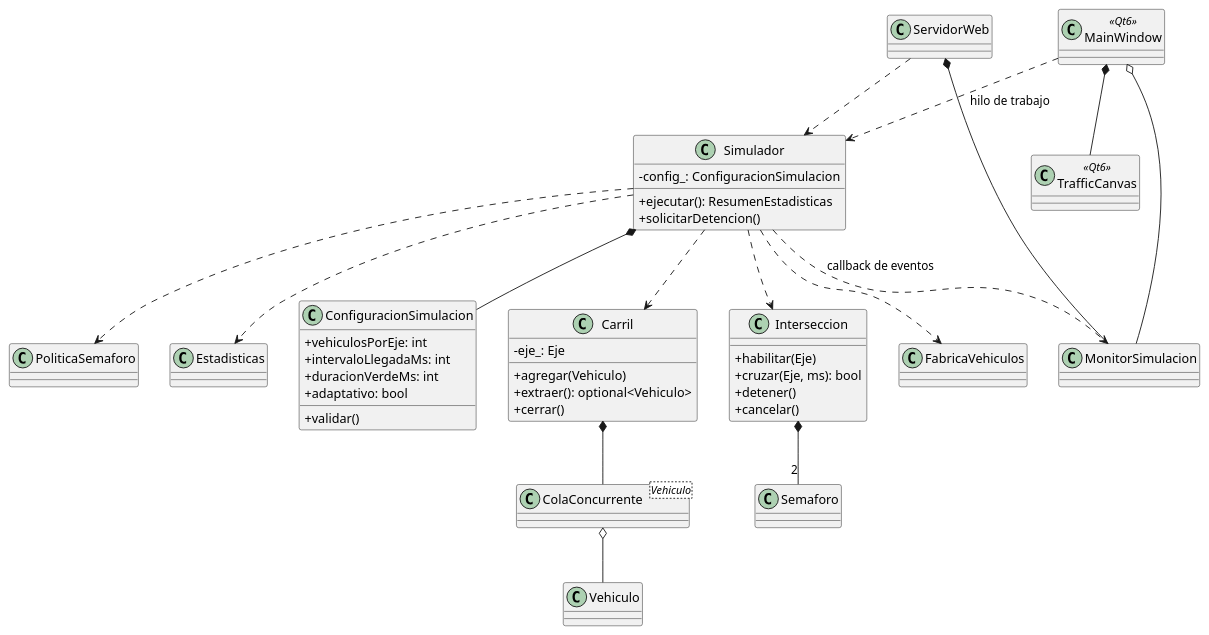
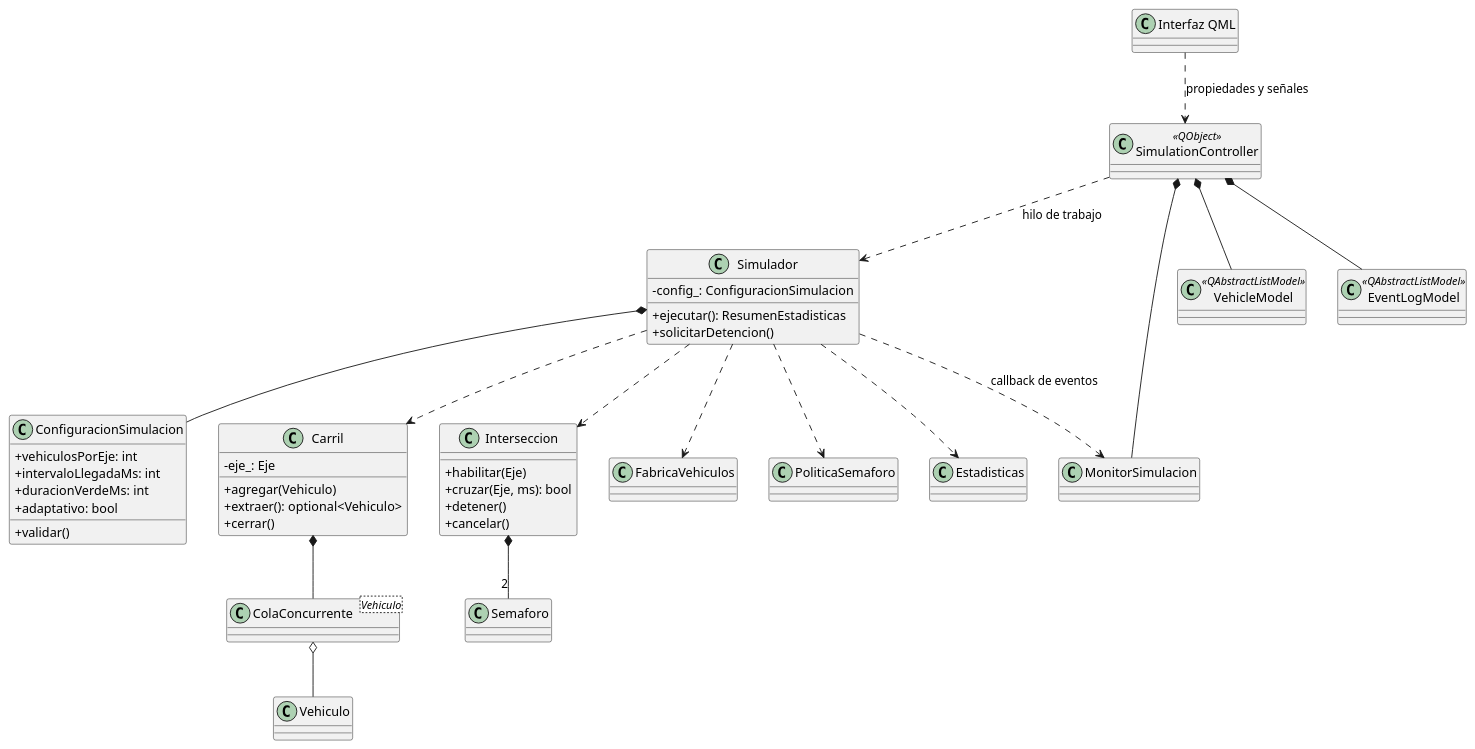
Before and after one commit to RodrigoFFN/SCTUII: the diagram in docs/diagrama_clases.puml, drawn with PlantUML. The commit also changed 5 other files, not shown here.

```diff
--- a/docs/diagrama_clases.puml
+++ b/docs/diagrama_clases.puml
@@ -1,53 +1,54 @@
 @startuml
 skinparam classAttributeIconSize 0
 class ConfiguracionSimulacion {
   +vehiculosPorEje: int
   +intervaloLlegadaMs: int
   +duracionVerdeMs: int
   +adaptativo: bool
   +validar()
 }
 class Simulador {
   -config_: ConfiguracionSimulacion
   +ejecutar(): ResumenEstadisticas
   +solicitarDetencion()
 }
 class Carril {
   -eje_: Eje
   +agregar(Vehiculo)
   +extraer(): optional<Vehiculo>
   +cerrar()
 }
 class "ColaConcurrente<Vehiculo>" as Cola
 class Interseccion {
   +habilitar(Eje)
   +cruzar(Eje, ms): bool
   +detener()
   +cancelar()
 }
 class Semaforo
 class Vehiculo
 class FabricaVehiculos
 class PoliticaSemaforo
 class Estadisticas
 class MonitorSimulacion
-class MainWindow <<Qt6>>
-class TrafficCanvas <<Qt6>>
-class ServidorWeb
+class SimulationController <<QObject>>
+class VehicleModel <<QAbstractListModel>>
+class EventLogModel <<QAbstractListModel>>
+class "Interfaz QML" as QML
 
 Simulador *-- ConfiguracionSimulacion
 Simulador ..> Carril
 Simulador ..> Interseccion
 Simulador ..> Estadisticas
 Simulador ..> PoliticaSemaforo
 Simulador ..> FabricaVehiculos
 Simulador ..> MonitorSimulacion : callback de eventos
 Carril *-- Cola
 Cola o-- Vehiculo
 Interseccion *-- "2" Semaforo
-ServidorWeb *-- MonitorSimulacion
-ServidorWeb ..> Simulador
-MainWindow *-- TrafficCanvas
-MainWindow o-- MonitorSimulacion
-MainWindow ..> Simulador : hilo de trabajo
+QML ..> SimulationController : propiedades y señales
+SimulationController *-- VehicleModel
+SimulationController *-- EventLogModel
+SimulationController *-- MonitorSimulacion
+SimulationController ..> Simulador : hilo de trabajo
 @enduml
```
